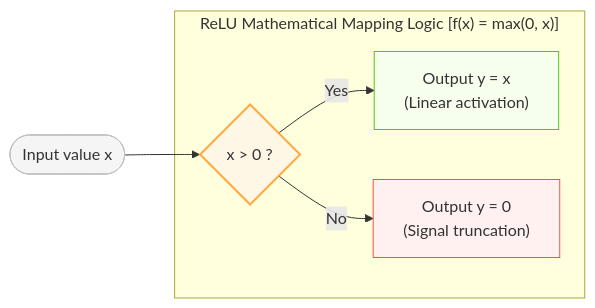
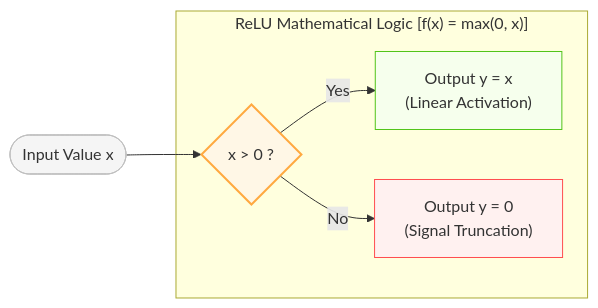
The third of 4 diagrams in i18n/en/docusaurus-plugin-content-docs/current/background.md (ruanqizhen/cocode), drawn with Mermaid before and after one commit. The commit also changed other lines of this file and 41 other files, not shown here.

````diff
--- a/i18n/en/docusaurus-plugin-content-docs/current/background.md
+++ b/i18n/en/docusaurus-plugin-content-docs/current/background.md
@@ -183,24 +174,24 @@
 ```mermaid
 graph LR
     %% Node definitions
-    In([Input value x]) --> Cond{x > 0 ?}
-    Cond -- Yes --> Out1["Output y = x<br>(Linear activation)"]
-    Cond -- No --> Out2["Output y = 0<br>(Signal truncation)"]
+    In([Input Value x]) --> Cond{x > 0 ?}
+    Cond -- Yes --> Out1["Output y = x<br>(Linear Activation)"]
+    Cond -- No --> Out2["Output y = 0<br>(Signal Truncation)"]
     
-    subgraph "ReLU Mathematical Mapping Logic [f(x) = max(0, x)]"
+    subgraph "ReLU Mathematical Logic [f(x) = max(0, x)]"
         Cond
         Out1
         Out2
     end
 
-    %% Style definitions (Compatible with Light mode as fallback)
+    %% Style definitions
     classDef mgray2 fill:#f5f5f5,stroke:#bfbfbf;
     classDef morange fill:#fff7e6,stroke:#ffa940,stroke-width:2px;
     classDef mgreen fill:#f6ffed,stroke:#52c41a,stroke-width:1px;
     classDef mred fill:#fff1f0,stroke:#ff4d4f,stroke-width:1px;
 
     class In mgray2;
     class Cond morange;
     class Out1 mgreen;
     class Out2 mred;
 ```
````
